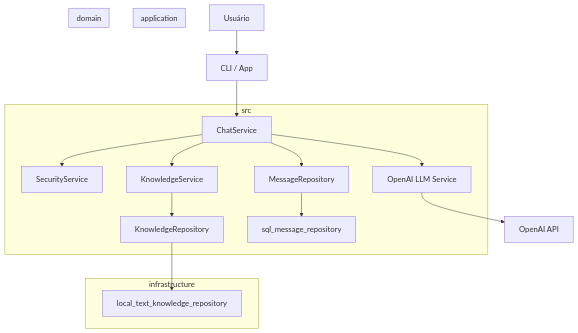
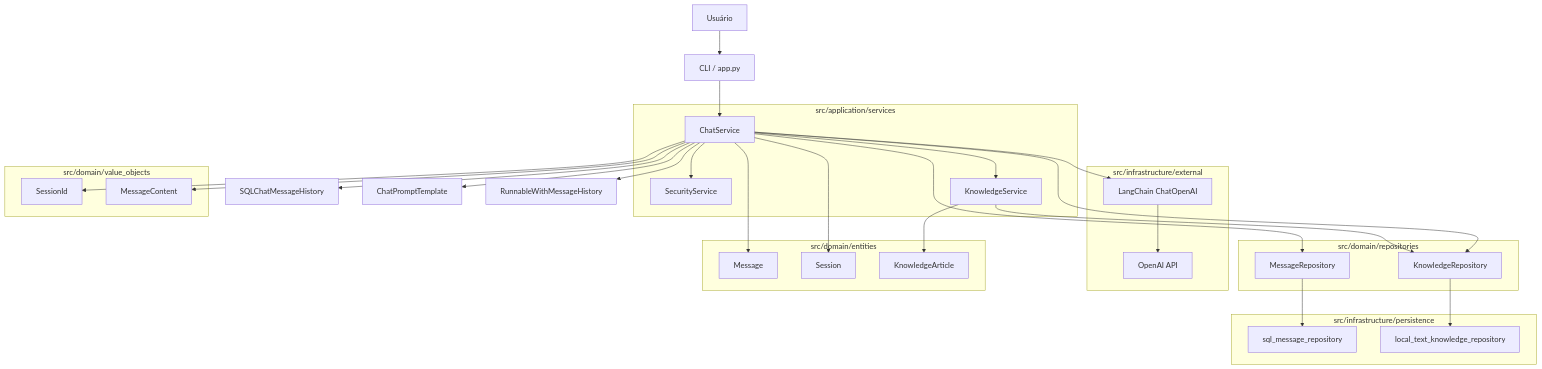
One commit to EdersonPaz/project-langchain changed the diagram in docs/architecture.mmd. Above: the diagram before and after it, drawn with Mermaid. The commit also changed 2 other files, not shown here.

```diff
--- a/docs/architecture.mmd
+++ b/docs/architecture.mmd
@@ -1,38 +1,55 @@
 graph TD
-  A[Usuário] --> B[CLI / App]
+  A[Usuário] --> B[CLI / app.py]
   B --> C[ChatService]
   C --> D[SecurityService]
   C --> E[KnowledgeService]
-  C --> F[OpenAI LLM Service]
-  E --> G[KnowledgeRepository]
-  G --> H[local_text_knowledge_repository]
-  C --> I[MessageRepository]
-  I --> J[sql_message_repository]
-  F --> K[OpenAI API]
+  C --> F[MessageRepository]
+  C --> G[KnowledgeRepository]
+  C --> H[LangChain ChatOpenAI]
+  H --> I[OpenAI API]
 
-  subgraph src
-    C
-    D
-    E
-    F
-    G
-    I
-    J
-  end
+  E --> G
+  F --> J[sql_message_repository]
+  G --> K[local_text_knowledge_repository]
 
-  subgraph application
+  C --> L[SQLChatMessageHistory]
+  C --> M[ChatPromptTemplate]
+  C --> N[RunnableWithMessageHistory]
+
+  subgraph src/application/services
     C
     D
     E
   end
 
-  subgraph domain
+  subgraph src/domain/repositories
+    F
     G
+  end
+
+  subgraph src/infrastructure/persistence
+    J
+    K
+  end
+
+  subgraph src/infrastructure/external
+    H
     I
   end
 
-  subgraph infrastructure
-    F
-    H
-    J
+  subgraph src/domain/entities
+    O[Message]
+    P[Session]
+    Q[KnowledgeArticle]
   end
+
+  subgraph src/domain/value_objects
+    R[SessionId]
+    S[MessageContent]
+  end
+
+  C --> O
+  C --> P
+  E --> Q
+  C --> R
+  C --> S
```
